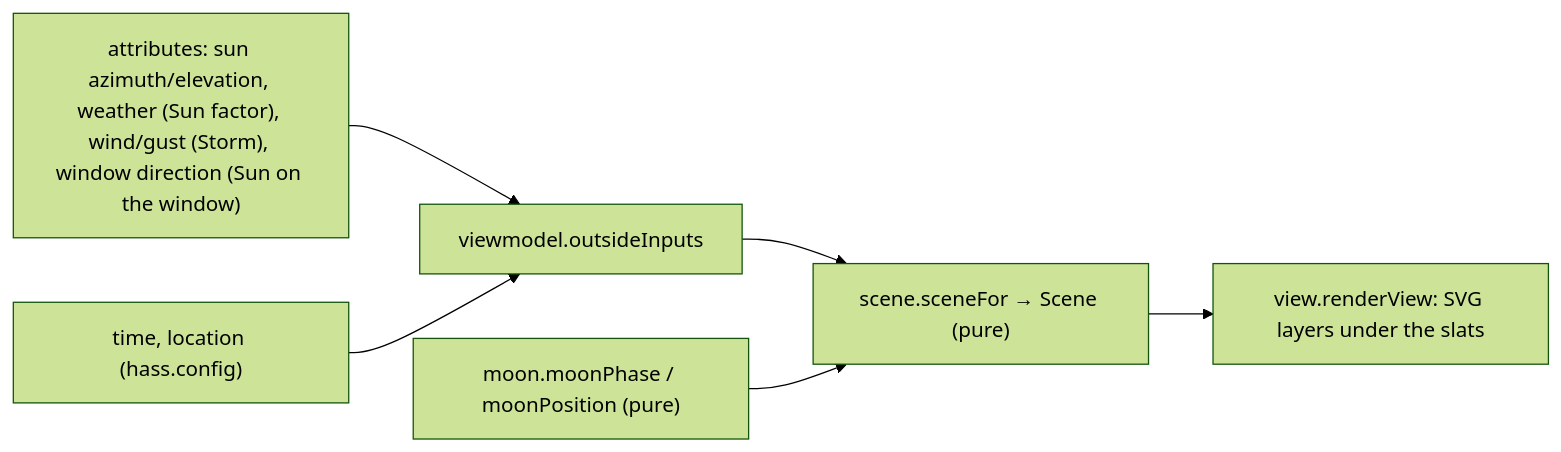
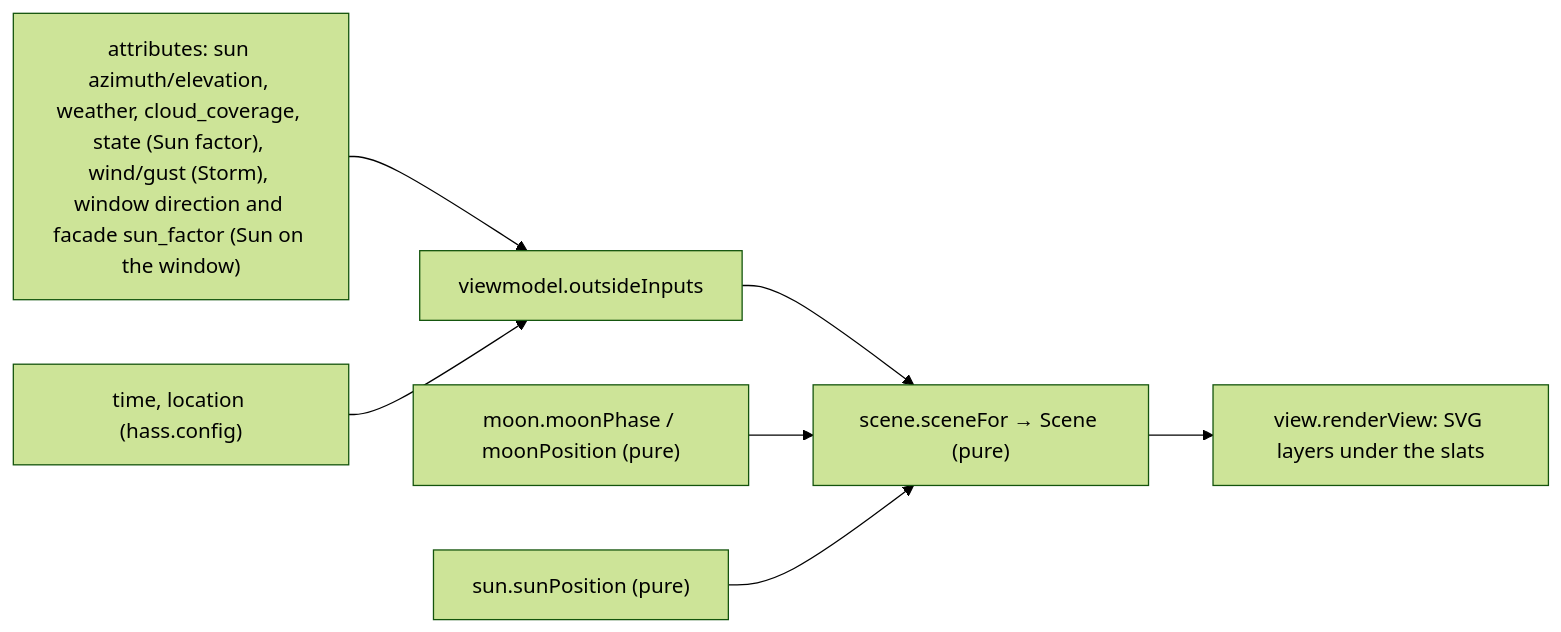
Diagram 22 of 23 in docs/architecture.md (abroeders/smart-shutter-control), drawn with Mermaid (forest theme) before and after one commit. The commit also changed other lines of this file and 19 other files, not shown here.

````diff
--- a/docs/architecture.md
+++ b/docs/architecture.md
@@ -780,8 +781,9 @@
 ```mermaid
 flowchart LR
-  A["attributes: sun azimuth/elevation, weather (Sun factor), wind/gust (Storm), window direction (Sun on the window)"] --> I["viewmodel.outsideInputs"]
+  A["attributes: sun azimuth/elevation, weather, cloud_coverage, state (Sun factor), wind/gust (Storm), window direction and facade sun_factor (Sun on the window)"] --> I["viewmodel.outsideInputs"]
   T["time, location (hass.config)"] --> I
   I --> S["scene.sceneFor → Scene (pure)"]
   M["moon.moonPhase / moonPosition (pure)"] --> S
+  U["sun.sunPosition (pure)"] --> S
   S --> V["view.renderView: SVG layers under the slats"]
 ```
````
